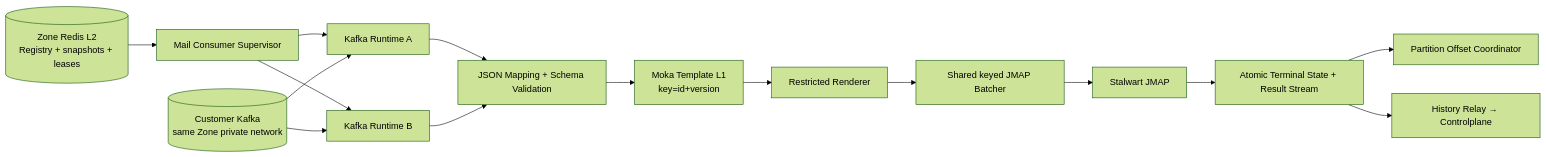
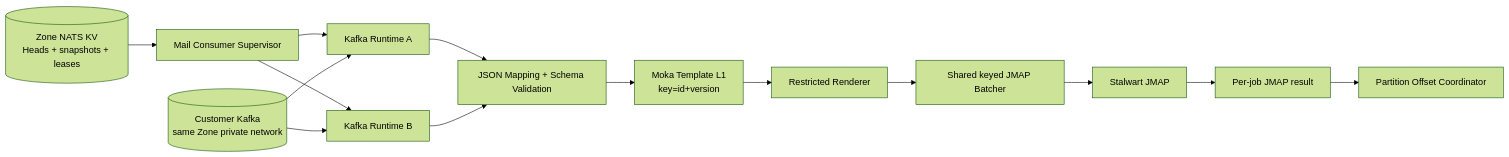
The first of 4 diagrams in god_view/mail/dataplane_broker_mail_execution_god_view.md (phucle996/aurora), drawn with Mermaid (forest theme) before and after one commit. The commit also changed other lines of this file and 77 other files, not shown here.

Commit message:
feat: implement mail runtime health monitoring with zone KV lease management and projection tombstones

````diff
--- a/god_view/mail/dataplane_broker_mail_execution_god_view.md
+++ b/god_view/mail/dataplane_broker_mail_execution_god_view.md
@@ -24,19 +24,18 @@
 ```mermaid
 flowchart LR
-    L2[(Zone Redis L2<br/>Registry + snapshots + leases)] --> SUP[Mail Consumer Supervisor]
+    L2[(Zone NATS KV<br/>Heads + snapshots + leases)] --> SUP[Mail Consumer Supervisor]
     SUP --> C1[Kafka Runtime A]
     SUP --> C2[Kafka Runtime B]
 
     K[(Customer Kafka<br/>same Zone private network)] --> C1
     K --> C2
 
     C1 --> MAP[JSON Mapping + Schema Validation]
     C2 --> MAP
     MAP --> TL1[Moka Template L1<br/>key=id+version]
     TL1 --> REN[Restricted Renderer]
     REN --> MB[Shared keyed JMAP Batcher]
     MB --> SW[Stalwart JMAP]
-    SW --> TERM[Atomic Terminal State + Result Stream]
+    SW --> TERM[Per-job JMAP result]
     TERM --> OC[Partition Offset Coordinator]
-    TERM --> HR[History Relay → Controlplane]
 ```
````
